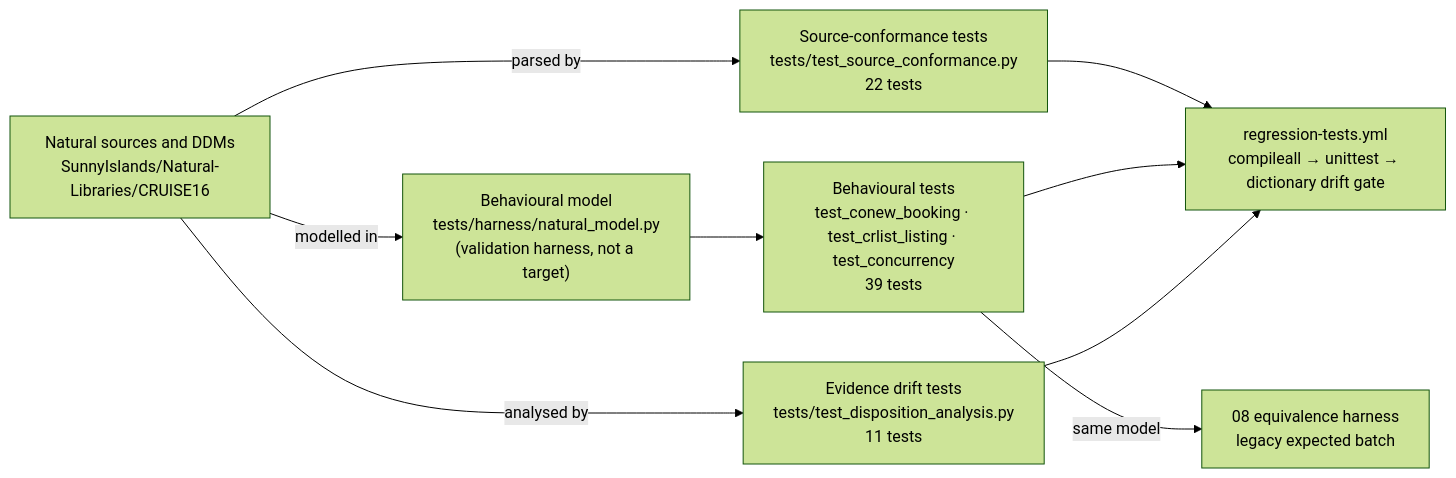
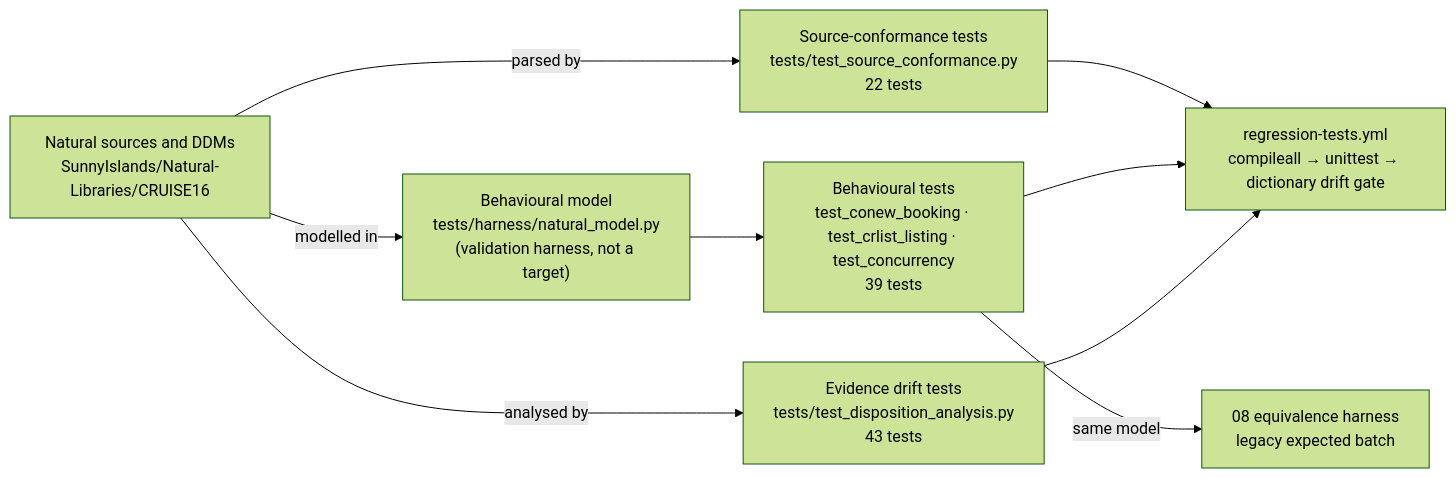
The diagram in fpps-hcm-modernization-deliverable/09-unit-test-regression-jcl-runcompare/test-generation-approach.md (COG-GTM/ADABAS-natural-for-ajax-devops-sample-application), drawn with Mermaid (forest theme) before and after one commit. The commit also changed other lines of this file and 14 other files, not shown here.

Commit message:
Merge capability branches 01-09: regenerate evidence against current analyzer schema, extend link checker and suite-map checks

````diff
--- a/fpps-hcm-modernization-deliverable/09-unit-test-regression-jcl-runcompare/test-generation-approach.md
+++ b/fpps-hcm-modernization-deliverable/09-unit-test-regression-jcl-runcompare/test-generation-approach.md
@@ -35,9 +35,9 @@
 ```mermaid
 flowchart LR
     SRC["Natural sources and DDMs<br/>SunnyIslands/Natural-Libraries/CRUISE16"] -->|"parsed by"| CONF["Source-conformance tests<br/>tests/test_source_conformance.py<br/>22 tests"]
     SRC -->|"modelled in"| MODEL["Behavioural model<br/>tests/harness/natural_model.py<br/>(validation harness, not a target)"]
     MODEL --> BEH["Behavioural tests<br/>test_conew_booking · test_crlist_listing · test_concurrency<br/>39 tests"]
-    SRC -->|"analysed by"| DISP["Evidence drift tests<br/>tests/test_disposition_analysis.py<br/>11 tests"]
+    SRC -->|"analysed by"| DISP["Evidence drift tests<br/>tests/test_disposition_analysis.py<br/>43 tests"]
     CONF & BEH & DISP --> CI["regression-tests.yml<br/>compileall → unittest → dictionary drift gate"]
     BEH -->|"same model"| EQ["08 equivalence harness<br/>legacy expected batch"]
 ```
````
